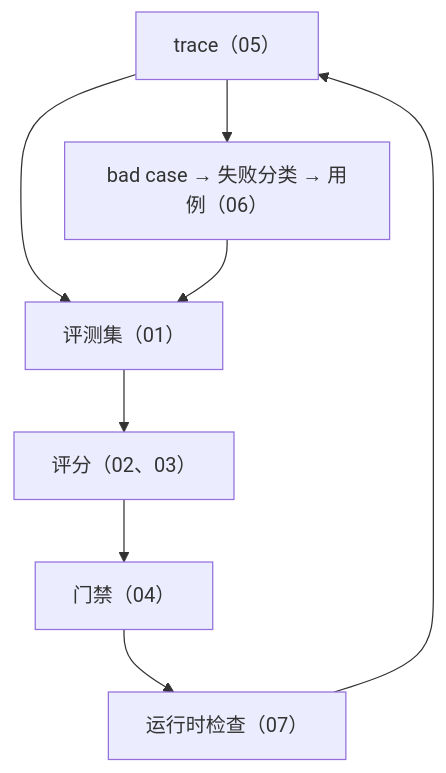
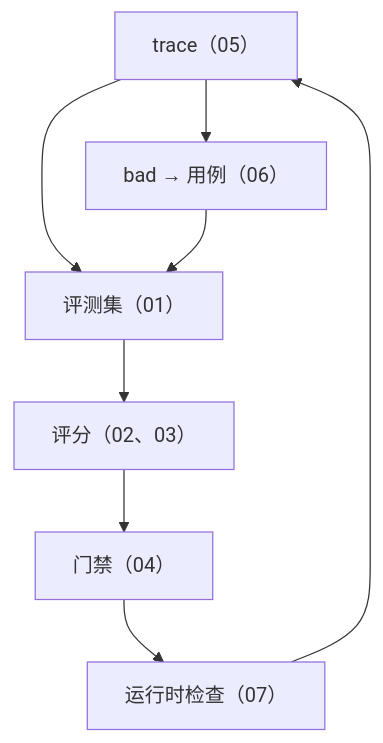
Before and after one commit to arganzheng/arganzheng.github.com: the tenth of 10 diagrams in slides/2026-11-06-evals-and-observability.md, drawn with Mermaid. The commit also changed other lines of this file, not shown here.

Commit message:
slides(2026-11-06-evals-and-observability): 图内文字 ≥14px——标签缩短/拆分/Unicode 数学

````diff
--- a/slides/2026-11-06-evals-and-observability.md
+++ b/slides/2026-11-06-evals-and-observability.md
@@ -317,7 +319,7 @@
 ```mermaid
 %%{init: {"flowchart": {"wrappingWidth": 200}}}%%
 flowchart TB
     T["trace（05）"] --> S["评测集（01）"] --> J["评分（02、03）"] --> G["门禁（04）"]
-    T --> B["bad case → 失败分类 → 用例（06）"] --> S
+    T --> B["bad → 用例（06）"] --> S
     G --> R["运行时检查（07）"] --> T
 ```
````
